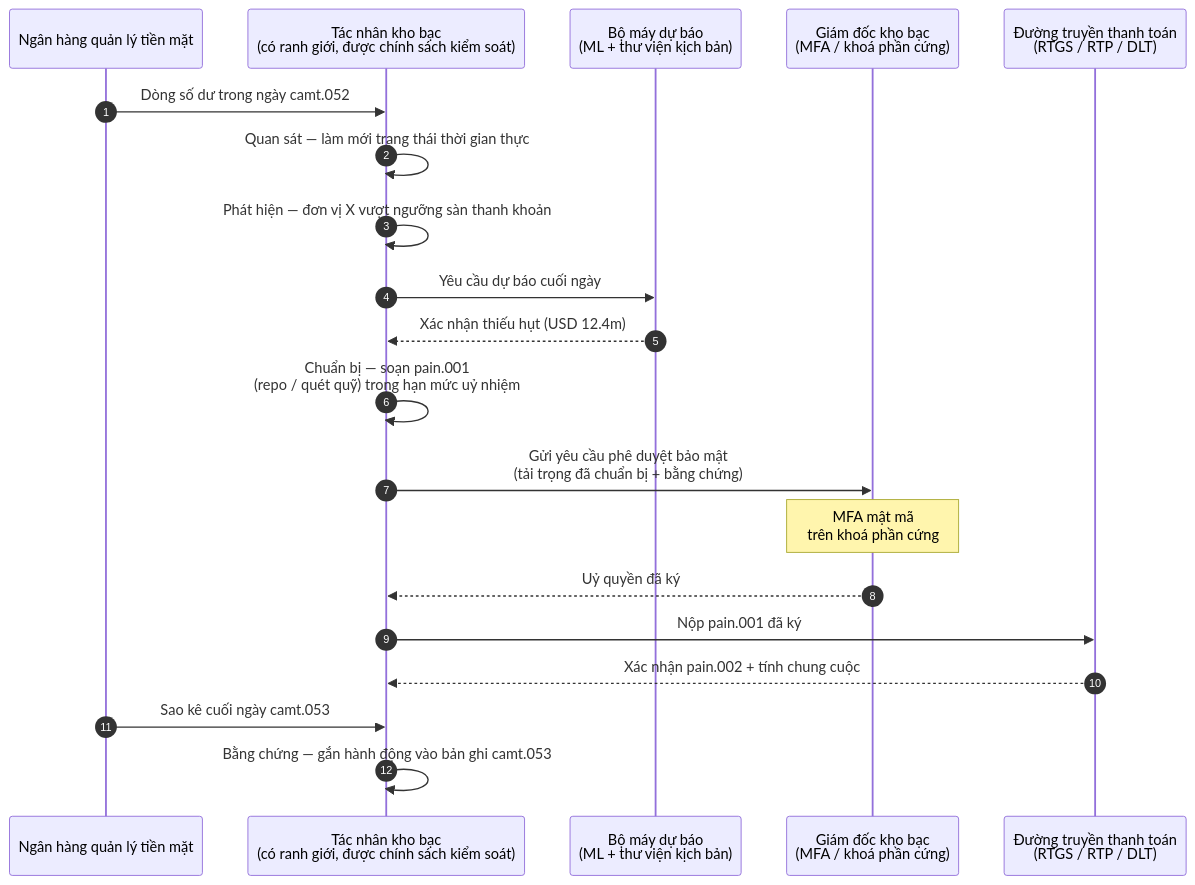
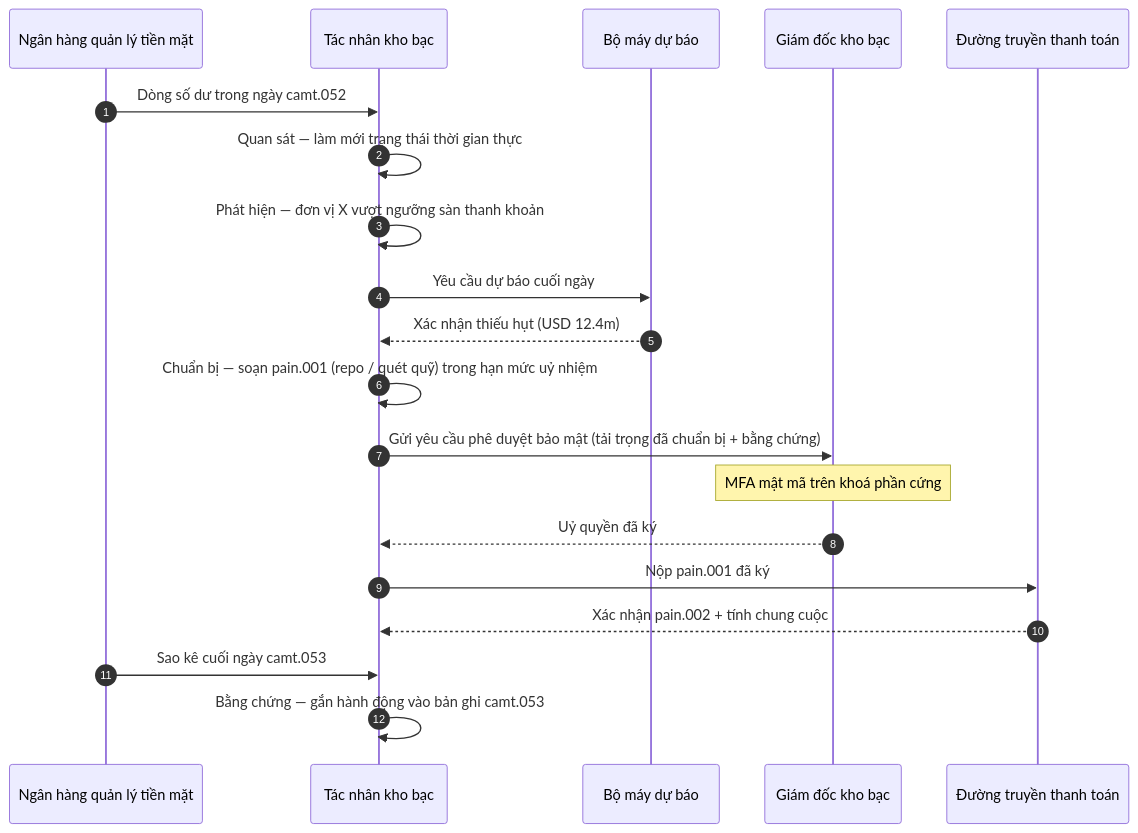
One commit to sebastienrousseau/sebastienrousseau.github.io changed the diagram in _posts/vi/2026-06-07-autonomous-treasury-index-programmable-liquidity-tokenised-deposits-2026.md. Above: the diagram before and after it, drawn with Mermaid. The commit also changed 2231 other files, not shown here.

First line of the commit message:
fix(mermaid): unblock Mermaid v10 rendering end-to-end (#198)

````diff
--- a/_posts/vi/2026-06-07-autonomous-treasury-index-programmable-liquidity-tokenised-deposits-2026.md
+++ b/_posts/vi/2026-06-07-autonomous-treasury-index-programmable-liquidity-tokenised-deposits-2026.md
@@ -154,23 +154,22 @@
 ```mermaid
 sequenceDiagram
     autonumber
     participant Banks as Ngân hàng quản lý tiền mặt
-    participant Agent as Tác nhân kho bạc<br/>(có ranh giới, được chính sách kiểm soát)
-    participant Forecast as Bộ máy dự báo<br/>(ML + thư viện kịch bản)
-    participant Treasurer as Giám đốc kho bạc<br/>(MFA / khoá phần cứng)
-    participant Rails as Đường truyền thanh toán<br/>(RTGS / RTP / DLT)
-
+    participant Agent as Tác nhân kho bạc
+    participant Forecast as Bộ máy dự báo
+    participant Treasurer as Giám đốc kho bạc
+    participant Rails as Đường truyền thanh toán
     Banks->>Agent: Dòng số dư trong ngày camt.052
     Agent->>Agent: Quan sát — làm mới trạng thái thời gian thực
     Agent->>Agent: Phát hiện — đơn vị X vượt ngưỡng sàn thanh khoản
     Agent->>Forecast: Yêu cầu dự báo cuối ngày
     Forecast-->>Agent: Xác nhận thiếu hụt (USD 12.4m)
-    Agent->>Agent: Chuẩn bị — soạn pain.001<br/>(repo / quét quỹ) trong hạn mức uỷ nhiệm
-    Agent->>Treasurer: Gửi yêu cầu phê duyệt bảo mật<br/>(tải trọng đã chuẩn bị + bằng chứng)
-    Note over Treasurer: MFA mật mã<br/>trên khoá phần cứng
+    Agent->>Agent: Chuẩn bị — soạn pain.001 (repo / quét quỹ) trong hạn mức uỷ nhiệm
+    Agent->>Treasurer: Gửi yêu cầu phê duyệt bảo mật (tải trọng đã chuẩn bị + bằng chứng)
+    Note over Treasurer: MFA mật mã trên khoá phần cứng
     Treasurer-->>Agent: Uỷ quyền đã ký
     Agent->>Rails: Nộp pain.001 đã ký
     Rails-->>Agent: Xác nhận pain.002 + tính chung cuộc
     Banks->>Agent: Sao kê cuối ngày camt.053
     Agent->>Agent: Bằng chứng — gắn hành động vào bản ghi camt.053
 ```
````
